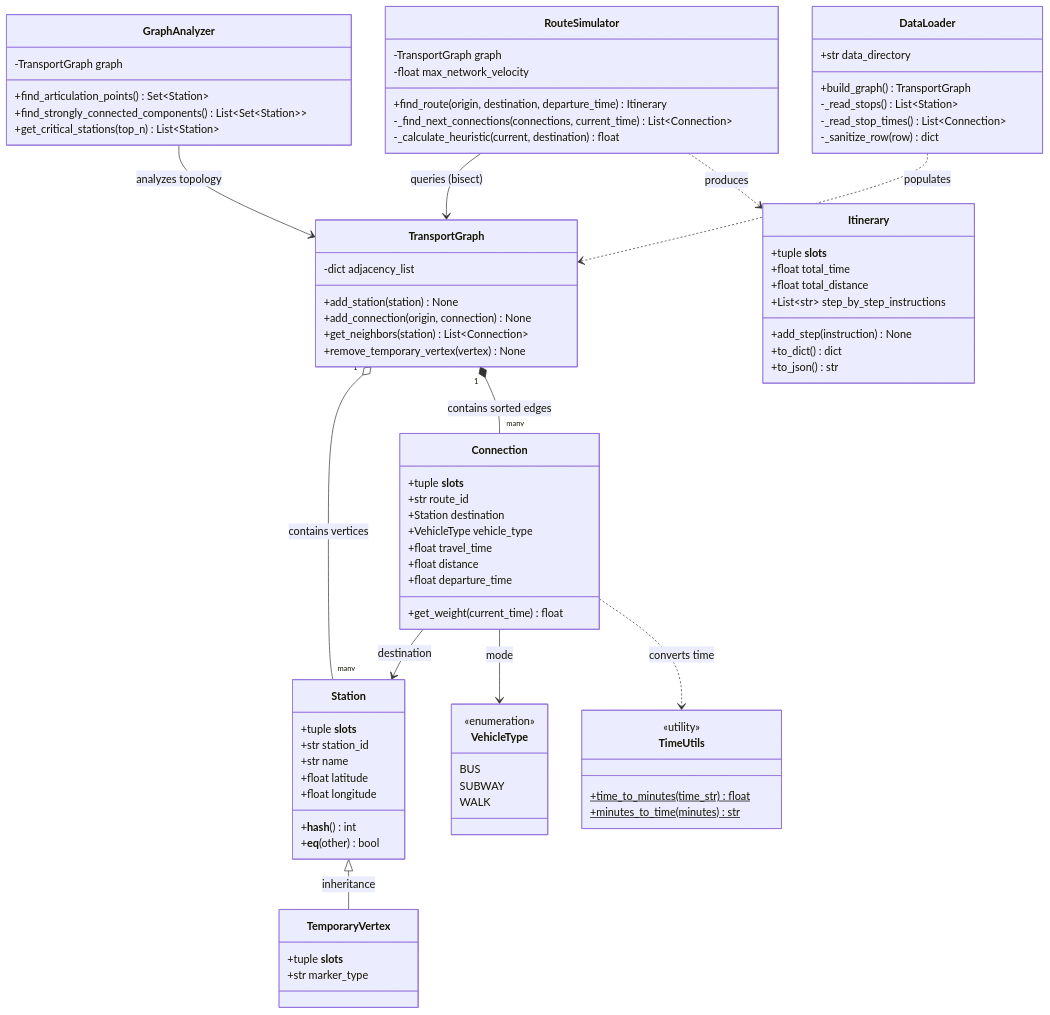
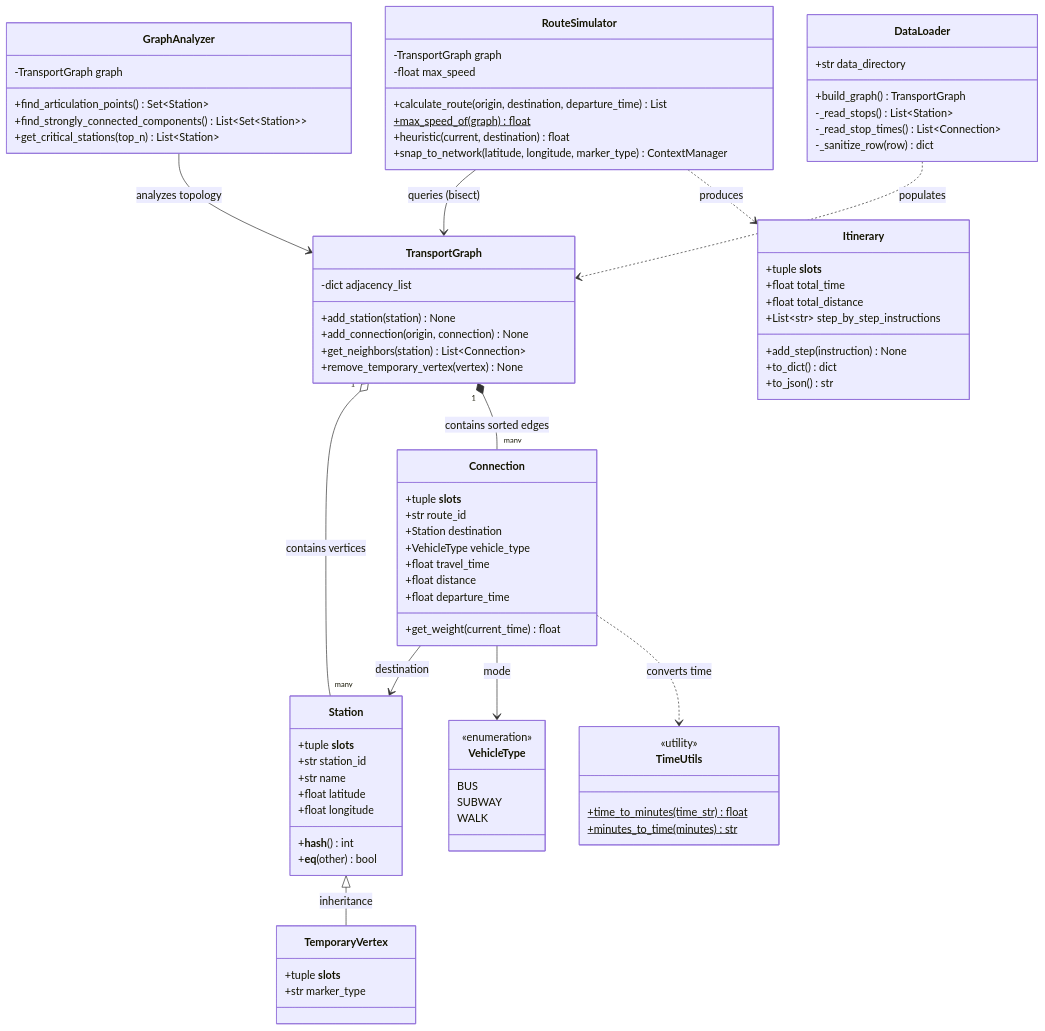
The diagram in Artefatos/Diagramas/diagrama-classes.md (Luizfmaia10-dev/TP-Grafos), drawn with Mermaid before and after one commit. The commit also changed 2 other files, not shown here.

Commit message:
docs(routing): document time-dependent A* engine

```diff
--- a/Artefatos/Diagramas/diagrama-classes.md
+++ b/Artefatos/Diagramas/diagrama-classes.md
@@ -71,10 +71,11 @@
 
     class RouteSimulator {
         -TransportGraph graph
-        -float max_network_velocity
-        +find_route(origin, destination, departure_time) Itinerary
-        -_find_next_connections(connections, current_time) List~Connection~
-        -_calculate_heuristic(current, destination) float
+        -float max_speed
+        +calculate_route(origin, destination, departure_time) List
+        +max_speed_of(graph)$ float
+        +heuristic(current, destination) float
+        +snap_to_network(latitude, longitude, marker_type) ContextManager
     }
 
     class GraphAnalyzer {
```
